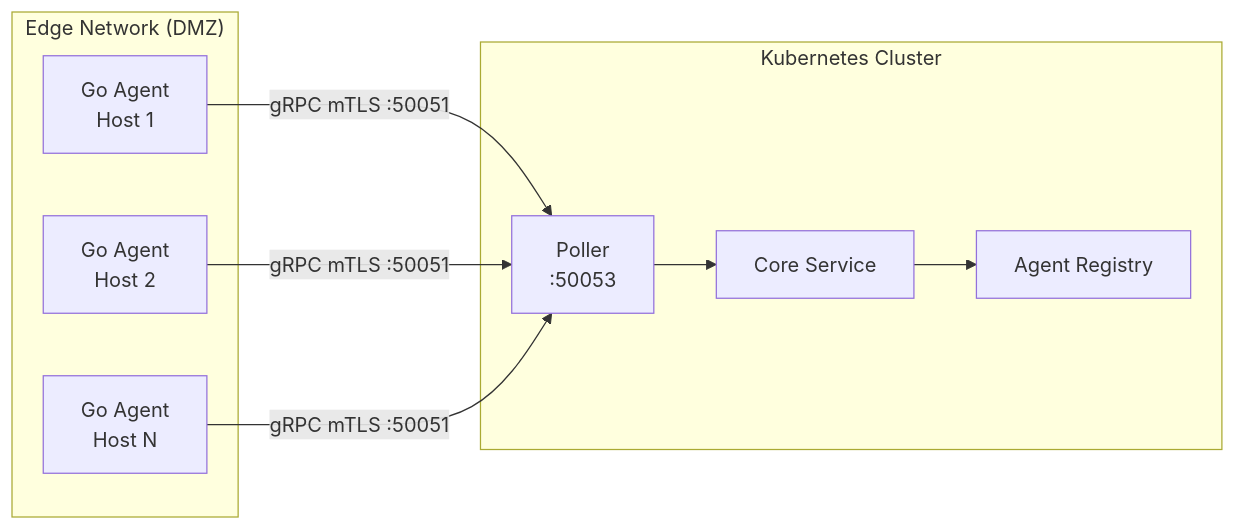
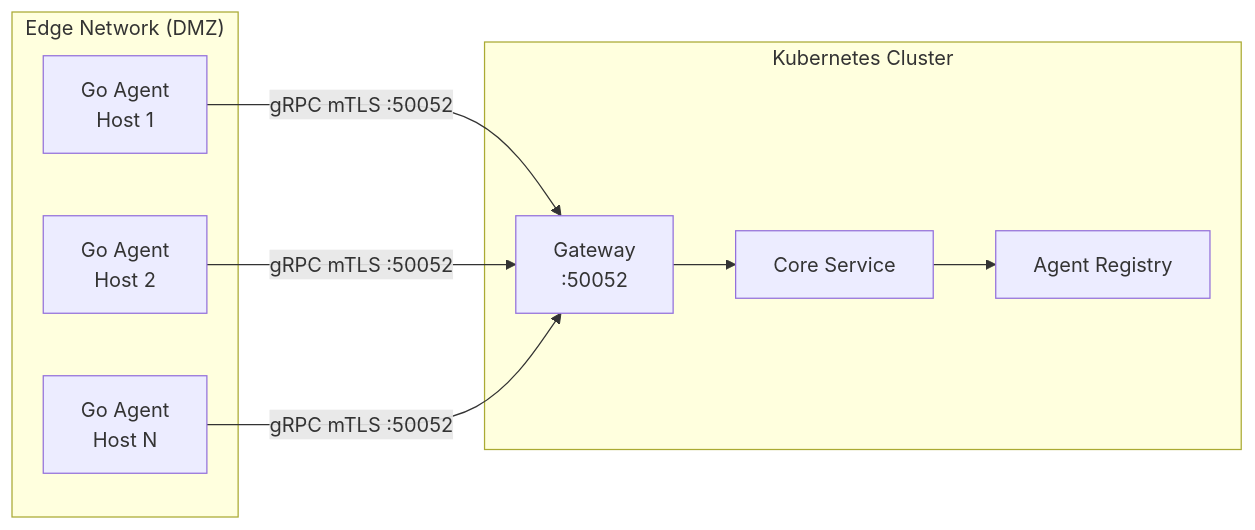
Before and after one commit to carverauto/serviceradar: the first of 2 diagrams in docs/docs/edge-agents.md, drawn with Mermaid. The commit also changed other lines of this file and 118 other files, not shown here.

````diff
--- a/docs/docs/edge-agents.md
+++ b/docs/docs/edge-agents.md
@@ -12,20 +12,20 @@
 ```mermaid
 flowchart LR
     subgraph Edge["Edge Network (DMZ)"]
         GA1[Go Agent<br/>Host 1]
         GA2[Go Agent<br/>Host 2]
         GA3[Go Agent<br/>Host N]
     end
 
     subgraph Cluster["Kubernetes Cluster"]
-        PL[Poller<br/>:50053]
+        GW[Gateway<br/>:50052]
         CORE[Core Service]
         REG[Agent Registry]
     end
 
-    GA1 -->|gRPC mTLS :50051| PL
-    GA2 -->|gRPC mTLS :50051| PL
-    GA3 -->|gRPC mTLS :50051| PL
-    PL --> CORE
+    GA1 -->|gRPC mTLS :50052| GW
+    GA2 -->|gRPC mTLS :50052| GW
+    GA3 -->|gRPC mTLS :50052| GW
+    GW --> CORE
     CORE --> REG
 ```
````
